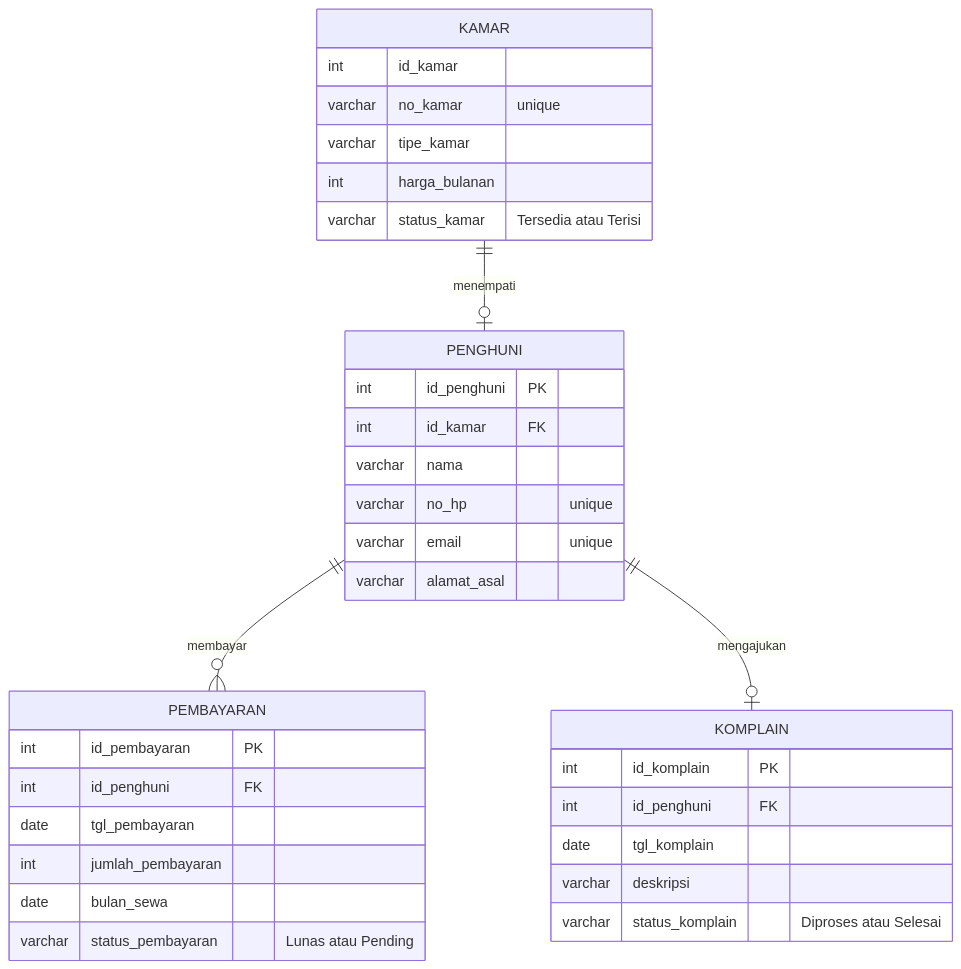
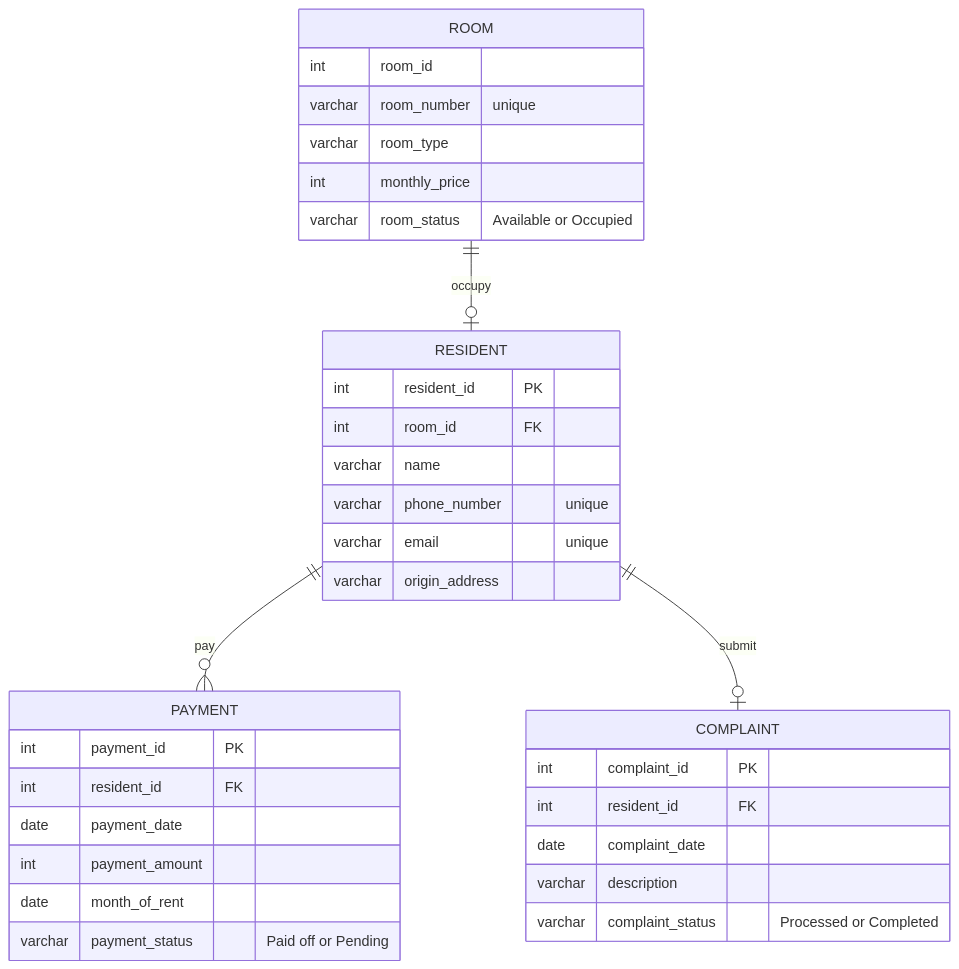
Before and after one commit to alyanurin60-hash/Boarding-House-Management-Information-System: the diagram in README.md, drawn with Mermaid. The commit also changed other lines of this file, not shown here.

First line of the commit message:
Revise ERD and database normalization details

````diff
--- a/README.md
+++ b/README.md
@@ -29,40 +29,40 @@
 ```mermaid
 erDiagram
-KAMAR {
-int id_kamar
-varchar no_kamar "unique"
-varchar tipe_kamar
-int harga_bulanan
-varchar status_kamar "Tersedia atau Terisi"
+ROOM {
+int room_id
+varchar room_number "unique"
+varchar room_type
+int monthly_price
+varchar room_status "Available or Occupied"
 }
 
-PENGHUNI {
-int id_penghuni PK 
-int id_kamar FK
-varchar nama
-varchar no_hp "unique"
+RESIDENT {
+int resident_id PK 
+int room_id FK
+varchar name
+varchar phone_number "unique"
 varchar email "unique"
-varchar alamat_asal
+varchar origin_address
 }
 
-PEMBAYARAN {
-int id_pembayaran PK
-int id_penghuni FK
-date tgl_pembayaran
-int jumlah_pembayaran
-date bulan_sewa
-varchar status_pembayaran "Lunas atau Pending"
+PAYMENT {
+int payment_id PK
+int resident_id FK
+date payment_date
+int payment_amount
+date month_of_rent
+varchar payment_status "Paid off or Pending"
 }
 
-KOMPLAIN {
-int id_komplain PK
-int id_penghuni FK
-date tgl_komplain
-varchar deskripsi
-varchar status_komplain "Diproses atau Selesai"
+COMPLAINT {
+int complaint_id PK
+int resident_id FK
+date complaint_date
+varchar description
+varchar complaint_status "Processed or Completed"
 }
 
-KAMAR ||--o| PENGHUNI : "menempati"
-PENGHUNI ||--o{ PEMBAYARAN : "membayar"
-PENGHUNI ||--o| KOMPLAIN : "mengajukan"
+ROOM ||--o| RESIDENT : "occupy"
+RESIDENT ||--o{ PAYMENT : "pay"
+RESIDENT ||--o| COMPLAINT : "submit"
 ```
````
